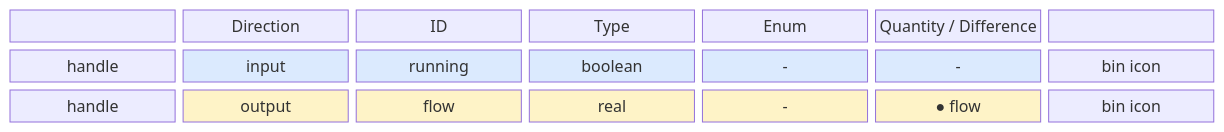
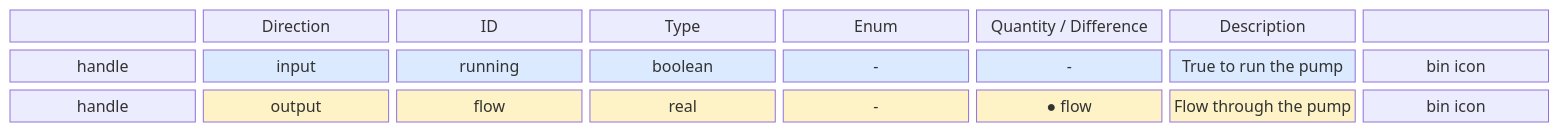
Diagram 22 of 52 in metadata/draft.md (AlexandreGallais/synoptic-studio-spec), drawn with Mermaid before and after one commit. The commit also changed other lines of this file and 2 other files, not shown here.

First line of the commit message:
docs(metadata): give signals and commands a description

````diff
--- a/metadata/draft.md
+++ b/metadata/draft.md
@@ -590,17 +593,19 @@
 ```mermaid
 block-beta
-    columns 7
-    h0[" "] h8["Direction"] h1["ID"] h2["Type"] h3["Enum"] h4["Quantity / Difference"] h9[" "]
-    r0["handle"] r8["input"] r1["running"] r2["boolean"] r3["-"] r4["-"] r9["bin icon"]
-    s0["handle"] s8["output"] s1["flow"] s2["real"] s3["-"] s4["● flow"] s9["bin icon"]
+    columns 8
+    h0[" "] h8["Direction"] h1["ID"] h2["Type"] h3["Enum"] h4["Quantity / Difference"] h5["Description"] h9[" "]
+    r0["handle"] r8["input"] r1["running"] r2["boolean"] r3["-"] r4["-"] r5["True to run the pump"] r9["bin icon"]
+    s0["handle"] s8["output"] s1["flow"] s2["real"] s3["-"] s4["● flow"] s5["Flow through the pump"] s9["bin icon"]
     style r8 fill:#dbeafe
     style r1 fill:#dbeafe
     style r2 fill:#dbeafe
     style r3 fill:#dbeafe
     style r4 fill:#dbeafe
+    style r5 fill:#dbeafe
     style s8 fill:#fef3c7
     style s1 fill:#fef3c7
     style s2 fill:#fef3c7
     style s3 fill:#fef3c7
     style s4 fill:#fef3c7
+    style s5 fill:#fef3c7
 ```
````
